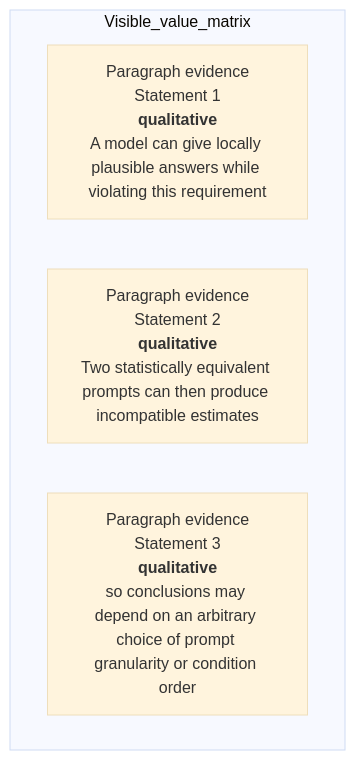
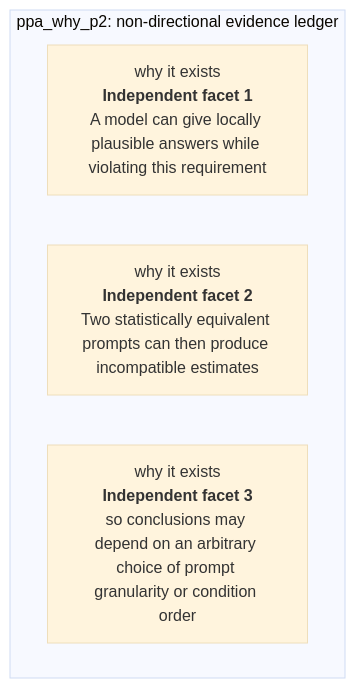
The fifth of 48 diagrams in docs/visual-manifests/VISUAL_MANIFEST_PARTITION_PROMPT_AGGREGATE.md (Betancourt1/paper_atlas), drawn with Mermaid (base theme) before and after one commit. The commit also changed other lines of this file and 7 other files, not shown here.

````diff
--- a/docs/visual-manifests/VISUAL_MANIFEST_PARTITION_PROMPT_AGGREGATE.md
+++ b/docs/visual-manifests/VISUAL_MANIFEST_PARTITION_PROMPT_AGGREGATE.md
@@ -393,8 +393,8 @@
 ```mermaid
 flowchart TB
-  subgraph Visible_value_matrix
-    r1["Paragraph evidence<br/>Statement 1<br/><b>qualitative</b><br/>A model can give locally plausible answers while violating this requirement"]
-    r2["Paragraph evidence<br/>Statement 2<br/><b>qualitative</b><br/>Two statistically equivalent prompts can then produce incompatible estimates"]
-    r3["Paragraph evidence<br/>Statement 3<br/><b>qualitative</b><br/>so conclusions may depend on an arbitrary choice of prompt granularity or condition order"]
+  subgraph Ledger["ppa_why_p2: non-directional evidence ledger"]
+    r1["why it exists<br/><b>Independent facet 1</b><br/>A model can give locally plausible answers while violating this requirement"]
+    r2["why it exists<br/><b>Independent facet 2</b><br/>Two statistically equivalent prompts can then produce incompatible estimates"]
+    r3["why it exists<br/><b>Independent facet 3</b><br/>so conclusions may depend on an arbitrary choice of prompt granularity or condition order"]
   end
 ```
````
